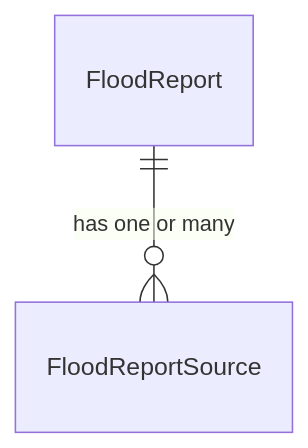
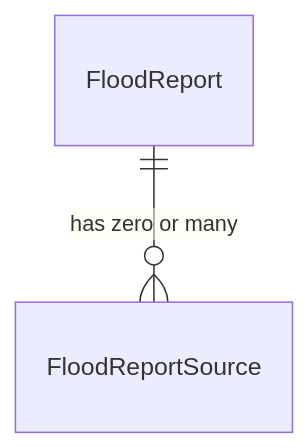
Before and after one commit to Dorset-Council-UK/FloodOnlineReportingTool.ReportStatus: the diagram in docs/diagrams/tables.md, drawn with Mermaid. The commit also changed 1 other file, not shown here.

Commit message:
Apply suggestions from code review

````diff
--- a/docs/diagrams/tables.md
+++ b/docs/diagrams/tables.md
@@ -4,4 +4,4 @@
 ```mermaid
 erDiagram
-   FloodReport ||--o{ FloodReportSource : "has one or many"
+   FloodReport ||--o{ FloodReportSource : "has zero or many"
 ```
````
